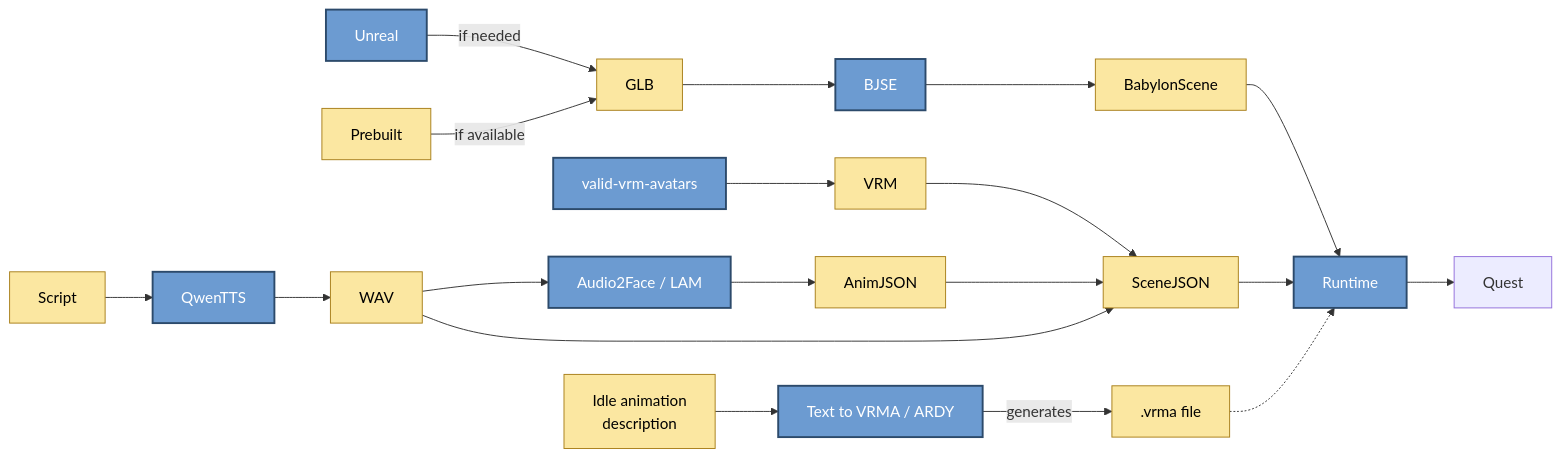
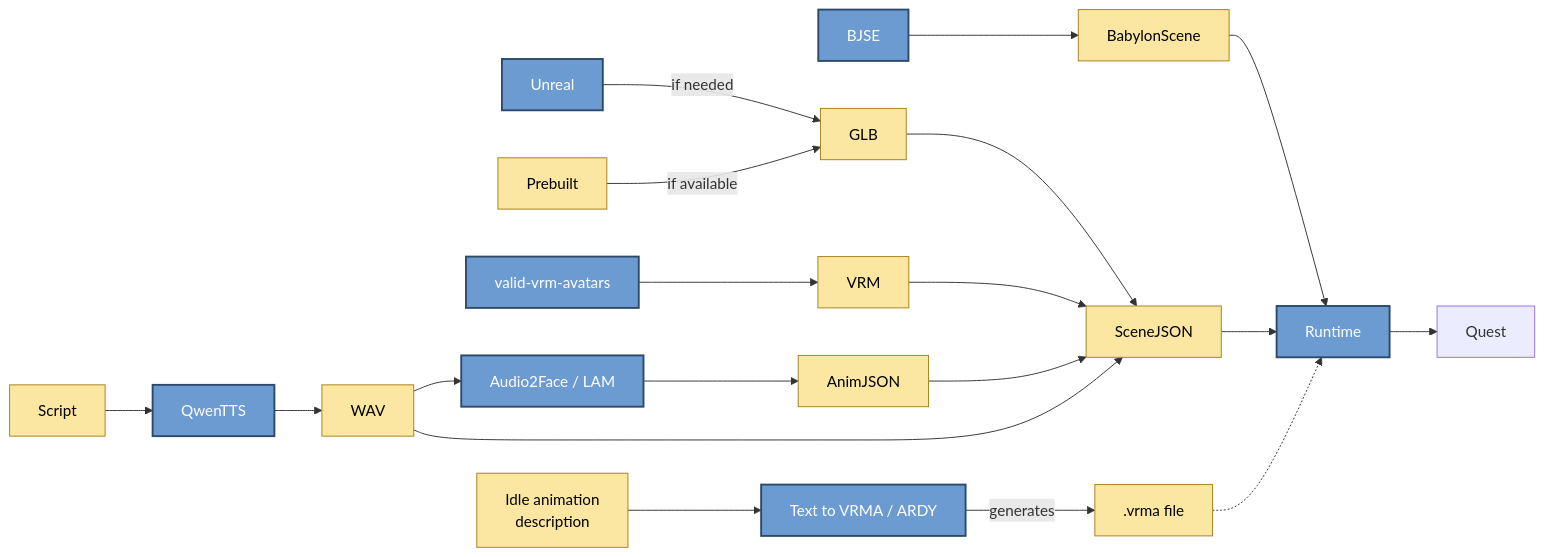
One commit to SBU-VRET/VRET-Project changed the first of 8 diagrams in docs/TECH_PIPELINE.md. Above: the diagram before and after it, drawn with Mermaid. The commit also changed other lines of this file and 8 other files, not shown here.

````diff
--- a/docs/TECH_PIPELINE.md
+++ b/docs/TECH_PIPELINE.md
@@ -11,24 +11,24 @@
 ```mermaid
 flowchart LR
     Library["valid-vrm-avatars"] --> VRM
     Unreal -->|"if needed"| GLB
     Prebuilt -->|"if available"| GLB
-    GLB --> BJSE
     BJSE --> BabylonScene
+    GLB --> SceneJSON
     Script --> QwenTTS --> WAV
     WAV --> FaceTool["Audio2Face / LAM"] --> AnimJSON
     VRM --> SceneJSON
     AnimJSON --> SceneJSON
     WAV --> SceneJSON
     BabylonScene --> Runtime
     SceneJSON --> Runtime
     Runtime --> Quest
 
     IdleDesc["Idle animation<br/>description"] --> IdleTool["Text to VRMA / ARDY"] -->|generates| VRMAFile[".vrma file"]
     VRMAFile -.-> Runtime
 
     classDef tool fill:#6c9bd1,stroke:#2c4a6b,stroke-width:2px,color:#fff;
     classDef artifact fill:#fbe7a1,stroke:#a87f1a,stroke-width:1px,color:#000;
     class Library,Unreal,BJSE,QwenTTS,FaceTool,Runtime,IdleTool tool
     class VRM,GLB,Prebuilt,BabylonScene,Script,WAV,AnimJSON,SceneJSON,IdleDesc,VRMAFile artifact
 ```
````
